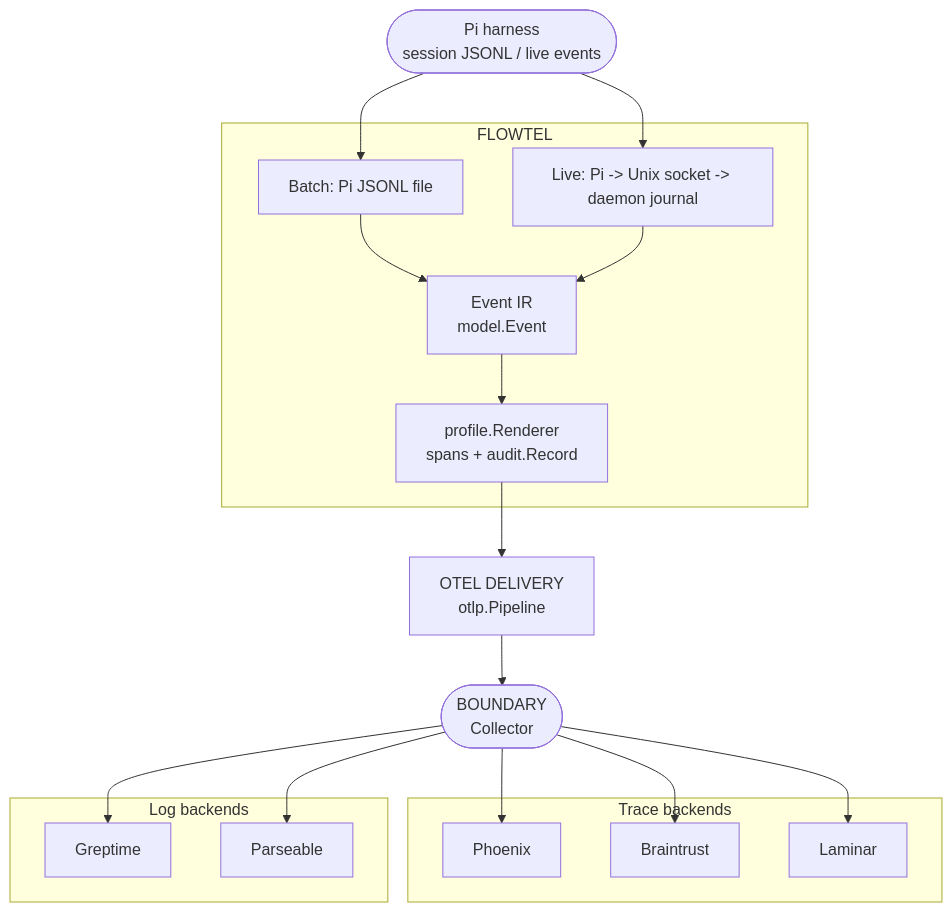
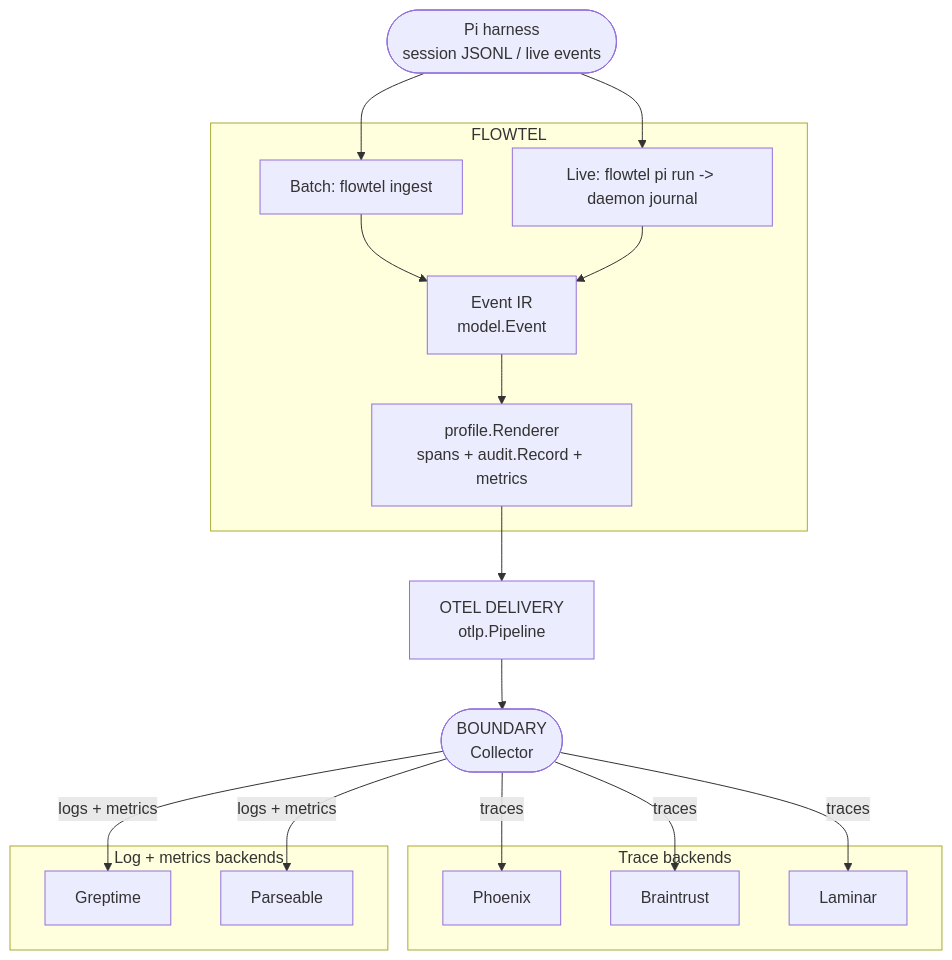
The diagram in README.md (atharvamhaske/flowtel), drawn with Mermaid before and after one commit. The commit also changed other lines of this file, not shown here.

Commit message:
docs: update README with metrics, backend signal support, and CLI

````diff
--- a/README.md
+++ b/README.md
@@ -7,37 +7,37 @@
 ```mermaid
 flowchart TB
   pi([Pi harness<br/>session JSONL / live events])
 
   subgraph flowtel["FLOWTEL"]
-    batch["Batch: Pi JSONL file"]
-    live["Live: Pi -> Unix socket -> daemon journal"]
+    batch["Batch: flowtel ingest"]
+    live["Live: flowtel pi run -> daemon journal"]
     ir["Event IR<br/>model.Event"]
-    render["profile.Renderer<br/>spans + audit.Record"]
+    render["profile.Renderer<br/>spans + audit.Record + metrics"]
   end
 
   pipeline["OTEL DELIVERY<br/>otlp.Pipeline"]
   boundary(["BOUNDARY<br/>Collector"])
 
   subgraph traces["Trace backends"]
     phoenix["Phoenix"]
     braintrust["Braintrust"]
     laminar["Laminar"]
   end
-  subgraph logs["Log backends"]
+  subgraph logsmetrics["Log + metrics backends"]
     greptime["Greptime"]
     parseable["Parseable"]
   end
 
   pi --> batch
   pi --> live
   batch --> ir
   live --> ir
   ir --> render
   render --> pipeline
   pipeline --> boundary
-  boundary --> phoenix
-  boundary --> braintrust
-  boundary --> laminar
-  boundary --> greptime
-  boundary --> parseable
+  boundary -- traces --> phoenix
+  boundary -- traces --> braintrust
+  boundary -- traces --> laminar
+  boundary -- "logs + metrics" --> greptime
+  boundary -- "logs + metrics" --> parseable
 ```
````
